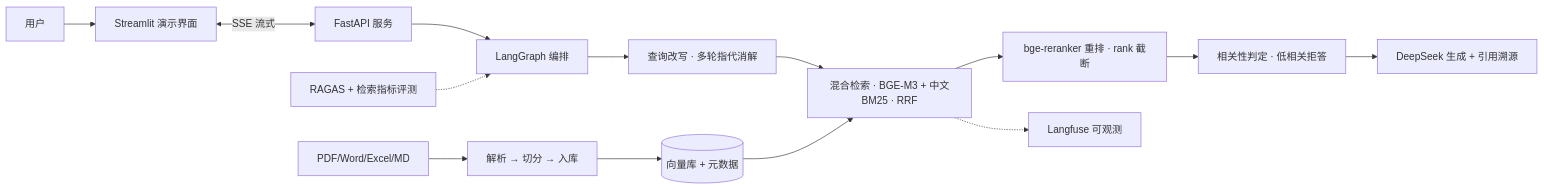
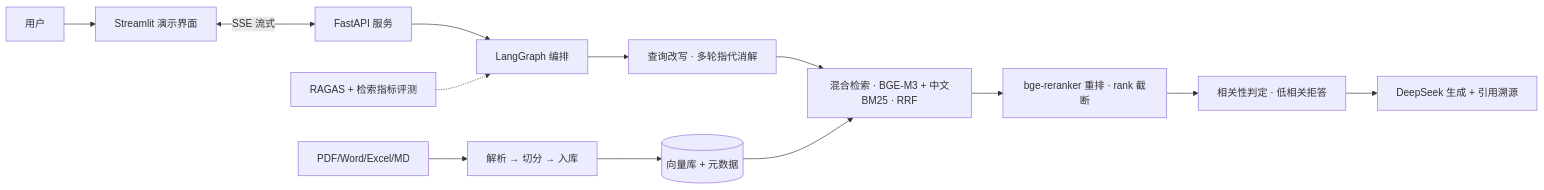
One commit to Insnew/EnterpriseRAG changed the diagram in README.md. Above: the diagram before and after it, drawn with Mermaid. The commit also changed other lines of this file and 9 other files, not shown here.

````diff
--- a/README.md
+++ b/README.md
@@ -9,16 +9,15 @@
 ```mermaid
 flowchart LR
     U[用户] --> UI[Streamlit 演示界面]
     UI <-->|SSE 流式| API[FastAPI 服务]
     API --> GRAPH[LangGraph 编排]
     GRAPH --> REWRITE[查询改写 · 多轮指代消解]
     REWRITE --> RETRIEVE[混合检索 · BGE-M3 + 中文BM25 · RRF]
     RETRIEVE --> RERANK[bge-reranker 重排 · rank 截断]
     RERANK --> JUDGE[相关性判定 · 低相关拒答]
     JUDGE --> GEN[DeepSeek 生成 + 引用溯源]
     DOCS[PDF/Word/Excel/MD] --> INGEST[解析 → 切分 → 入库]
     INGEST --> DB[(向量库 + 元数据)]
     DB --> RETRIEVE
-    RETRIEVE -.-> OBS[Langfuse 可观测]
     EVAL[RAGAS + 检索指标评测] -.-> GRAPH
 ```
````
